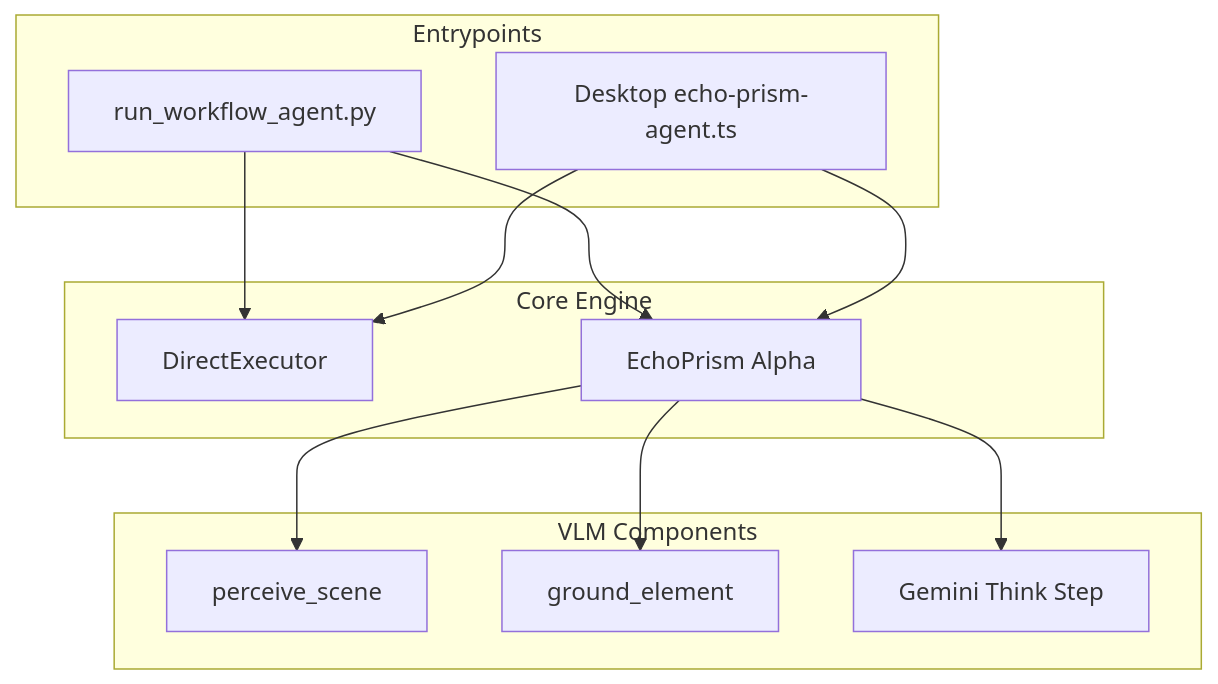
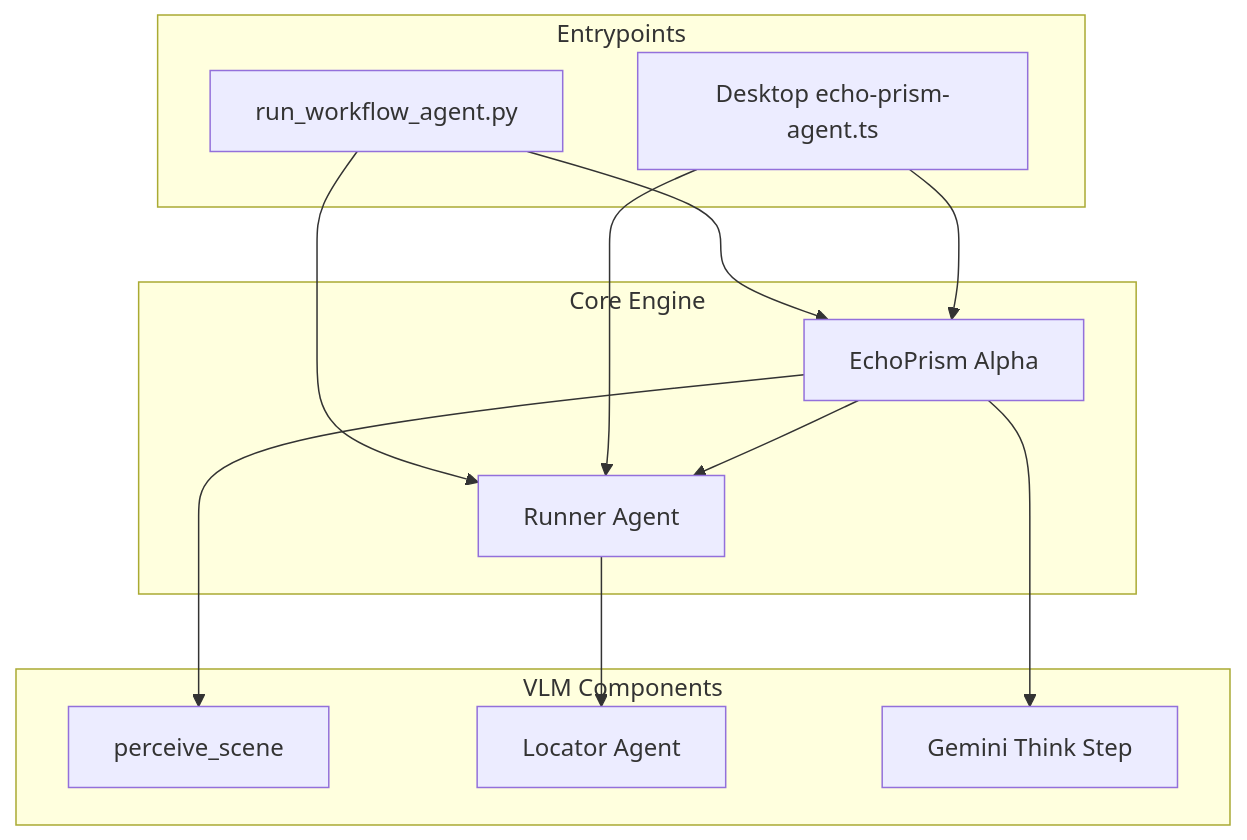
The first of 5 diagrams in backend/agent/docs/ARCHITECTURE.md (JasonMun7/Echo), drawn with Mermaid before and after one commit. The commit also changed other lines of this file and 27 other files, not shown here.

First line of the commit message:
refactor(echo-prism): modalities, Locator grounding, Runner operator, Chat UX

````diff
--- a/backend/agent/docs/ARCHITECTURE.md
+++ b/backend/agent/docs/ARCHITECTURE.md
@@ -32,27 +32,28 @@
 ```mermaid
 flowchart TB
     subgraph Entry ["Entrypoints"]
         RunWorkflowAgent["run_workflow_agent.py"]
         DesktopAgent["Desktop echo-prism-agent.ts"]
     end
 
     subgraph Core ["Core Engine"]
-        DirectExec["DirectExecutor"]
+        RunnerNode["Runner Agent"]
         EchoPrismNode["EchoPrism Alpha"]
     end
 
     subgraph VLM ["VLM Components"]
         Perceive["perceive_scene"]
-        Ground["ground_element"]
+        LocatorNode["Locator Agent"]
         Think["Gemini Think Step"]
     end
 
-    RunWorkflowAgent --> DirectExec
+    RunWorkflowAgent --> RunnerNode
     RunWorkflowAgent --> EchoPrismNode
-    DesktopAgent --> DirectExec
+    DesktopAgent --> RunnerNode
     DesktopAgent --> EchoPrismNode
 
     EchoPrismNode --> Perceive
     EchoPrismNode --> Think
-    EchoPrismNode --> Ground
+    RunnerNode --> LocatorNode
+    EchoPrismNode --> RunnerNode
 ```
````
